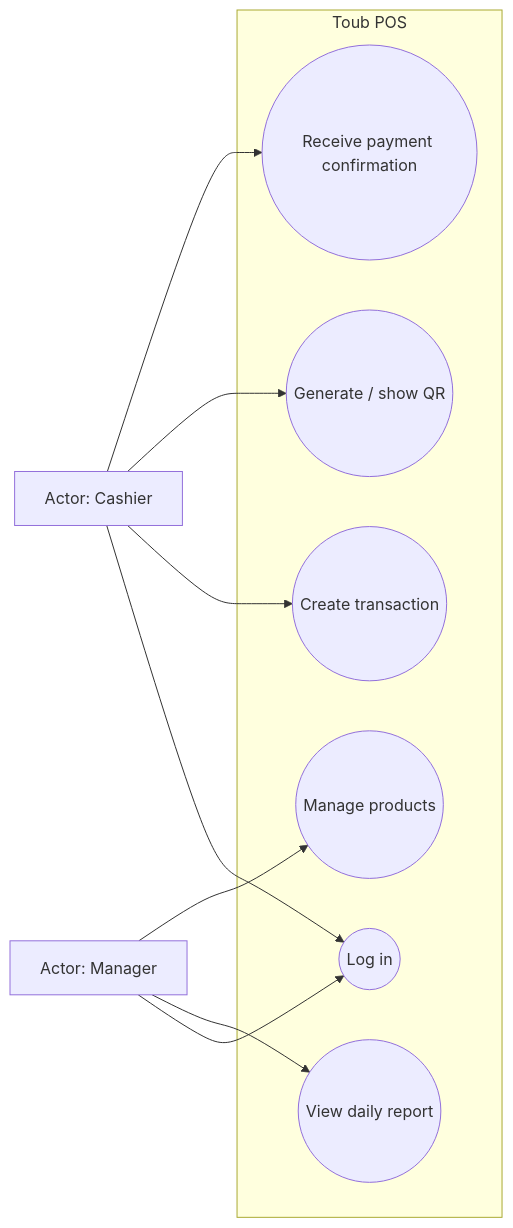
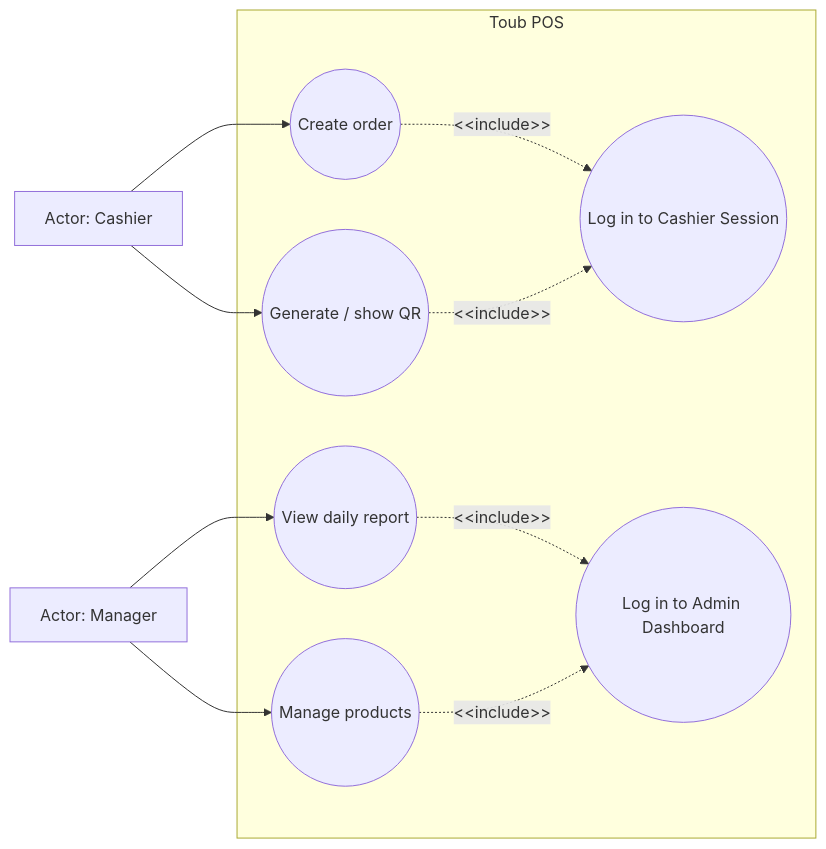
The first of 5 diagrams in context/software-engineering.md (sothyvan/TOUB_POS), drawn with Mermaid before and after one commit. The commit also changed other lines of this file and 4 other files, not shown here.

````diff
--- a/context/software-engineering.md
+++ b/context/software-engineering.md
@@ -168,23 +168,29 @@
 ```mermaid
 flowchart LR
   Cashier[Actor: Cashier]
   Manager[Actor: Manager]
 
   subgraph System[Toub POS]
-    UC1((Log in))
-    UC2((Create transaction))
+    %% Cashier Flow
+    UC1_Cashier((Log in to Cashier Session))
+    UC2((Create order))
     UC3((Generate / show QR))
-    UC4((Receive payment confirmation))
+    
+    %% Manager Flow
+    UC1_Admin((Log in to Admin Dashboard))
     UC5((View daily report))
     UC6((Manage products))
   end
 
-  Cashier --> UC1
+  %% Cashier Connections
   Cashier --> UC2
   Cashier --> UC3
-  Cashier --> UC4
+  UC2 .->|&lt;&lt;include&gt;&gt;| UC1_Cashier
+  UC3 .->|&lt;&lt;include&gt;&gt;| UC1_Cashier
 
-  Manager --> UC1
+  %% Manager Connections
   Manager --> UC5
   Manager --> UC6
+  UC5 .->|&lt;&lt;include&gt;&gt;| UC1_Admin
+  UC6 .->|&lt;&lt;include&gt;&gt;| UC1_Admin
 ```
````
